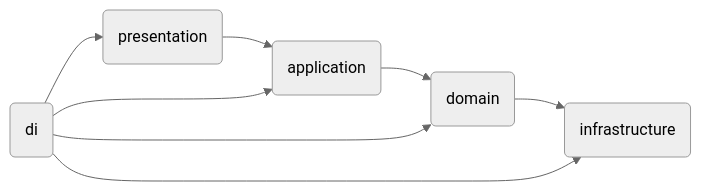
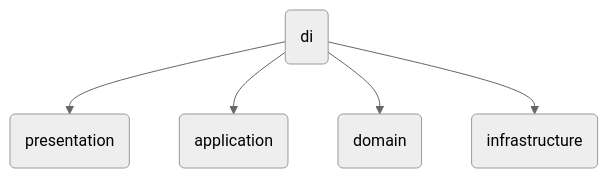
Before and after one commit to Turnin-Dev/turnin-server: the second of 2 diagrams in README.md, drawn with Mermaid (neutral theme). The commit also changed other lines of this file, not shown here.

````diff
--- a/README.md
+++ b/README.md
@@ -30,10 +78,7 @@
 ```mermaid
-flowchart LR
-    p(presentation) --> a(application)
-    a --> d(domain)
-    d --> i(infrastructure)
-    di(di) --> p
-    di(di) --> a
-    di(di) --> d
-    di(di) --> i
+flowchart TD
+    di(di) --> p(presentation)
+    di --> a(application)
+    di --> do(domain)
+    di --> i(infrastructure)
 ```
````
